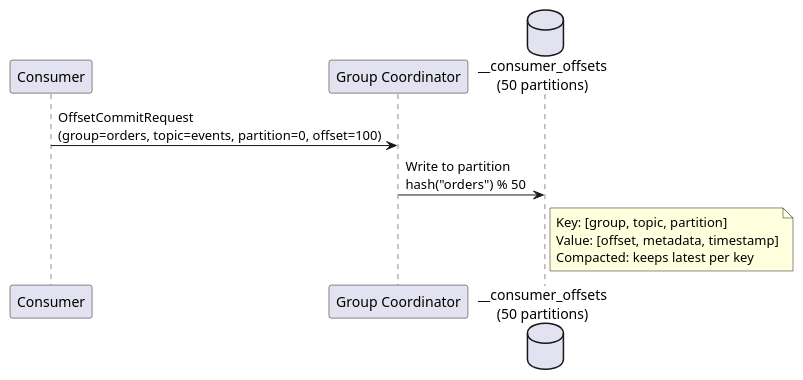
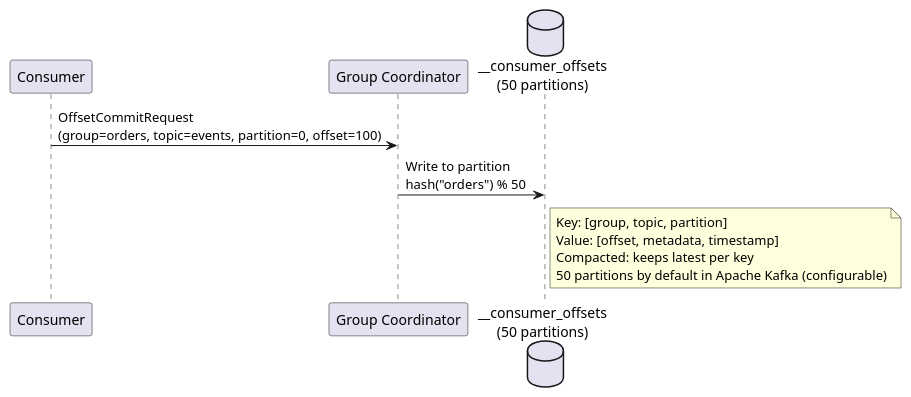
Before and after one commit to axonops/documentation: the second of 2 diagrams in docs/data-platforms/kafka/application-development/consumers/offset-management.md, drawn with PlantUML. The commit also changed other lines of this file and 14 other files, not shown here.

````diff
--- a/docs/data-platforms/kafka/application-development/consumers/offset-management.md
+++ b/docs/data-platforms/kafka/application-development/consumers/offset-management.md
@@ -72,20 +72,21 @@
 ```plantuml
 @startuml
 
 skinparam backgroundColor transparent
 
 participant "Consumer" as C
 participant "Group Coordinator" as GC
 database "__consumer_offsets\n(50 partitions)" as CO
 
 C -> GC : OffsetCommitRequest\n(group=orders, topic=events, partition=0, offset=100)
 GC -> CO : Write to partition\nhash("orders") % 50
 
 note right of CO
     Key: [group, topic, partition]
     Value: [offset, metadata, timestamp]
     Compacted: keeps latest per key
+    50 partitions by default in Apache Kafka (configurable)
 end note
 
 @enduml
 ```
````
